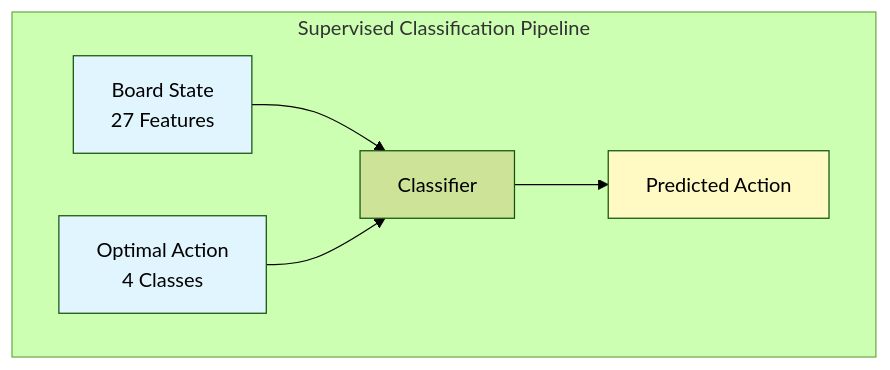
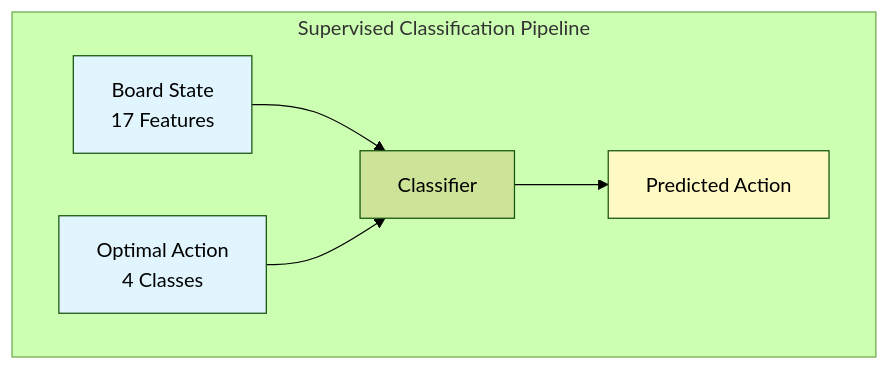
One commit to Evintkoo/2048-ml changed the second of 6 diagrams in plans/05-Model/01-Algorithm/01-algorithm-research.md. Above: the diagram before and after it, drawn with Mermaid (forest theme). The commit also changed other lines of this file and 198 other files, not shown here.

````diff
--- a/plans/05-Model/01-Algorithm/01-algorithm-research.md
+++ b/plans/05-Model/01-Algorithm/01-algorithm-research.md
@@ -79,15 +79,15 @@
 ```mermaid
 flowchart TD
     subgraph "Supervised Classification Pipeline"
-        State[Board State<br/>27 Features]
+        State[Board State<br/>17 Features]
         Label[Optimal Action<br/>4 Classes]
         
         State --> Model[Classifier]
         Label --> Model
         Model --> Prediction[Predicted Action]
     end
     
     style State fill:#e1f5fe
     style Label fill:#e1f5fe
     style Prediction fill:#fff9c4
 ```
````
